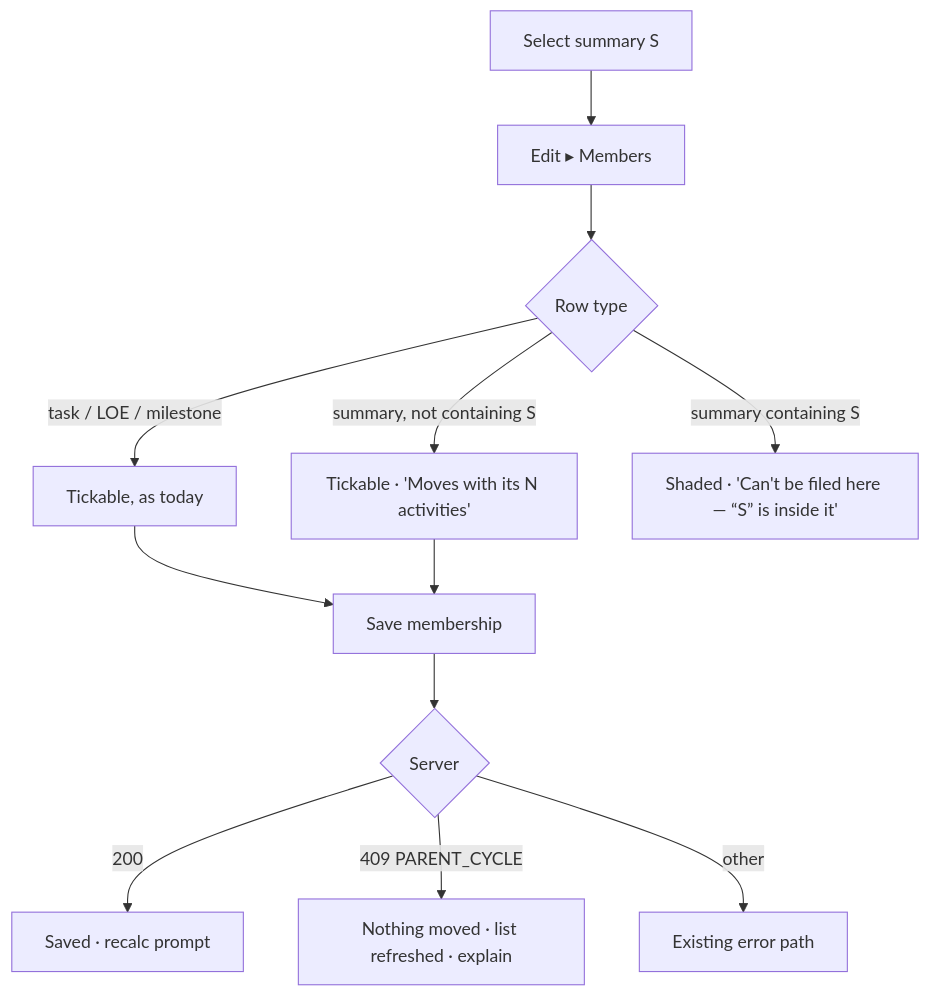
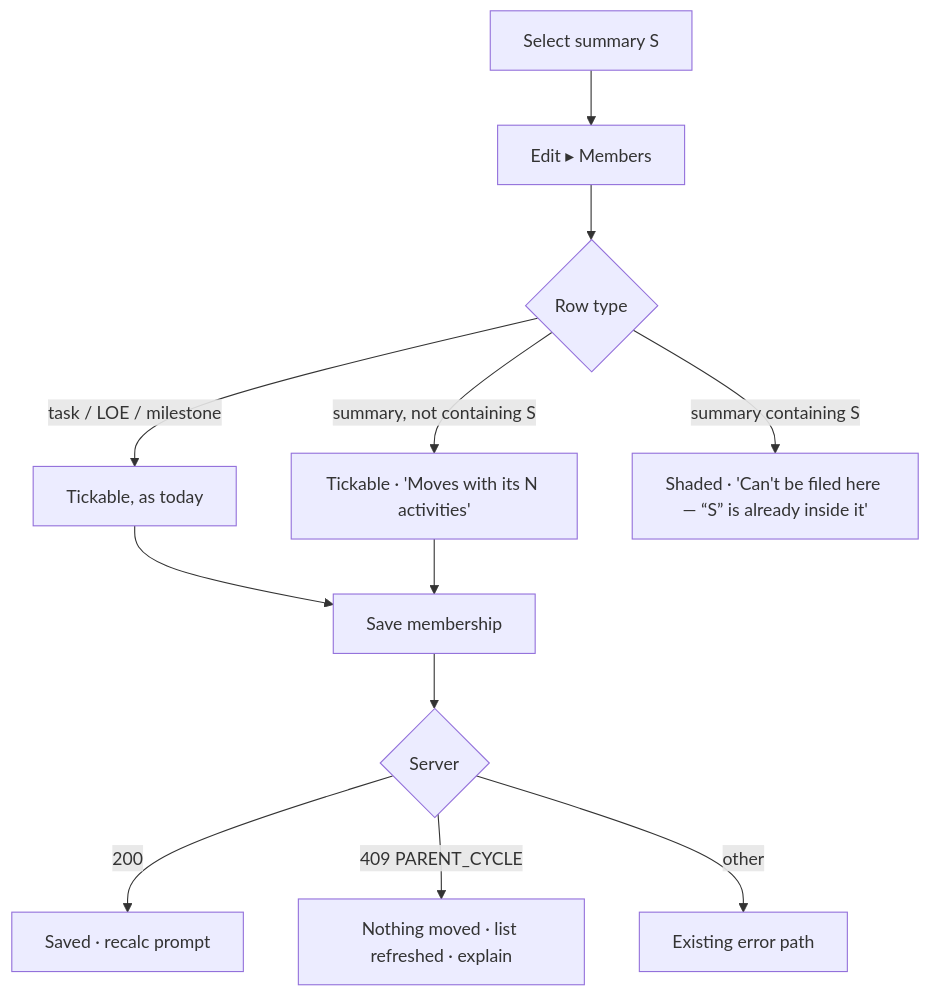
One commit to HuttonHomeHub/SchedulePoint_1 changed the third of 3 diagrams in docs/specs/wbs-nest-from-members/spec.md. Above: the diagram before and after it, drawn with Mermaid. The commit also changed other lines of this file and 25 other files, not shown here.

````diff
--- a/docs/specs/wbs-nest-from-members/spec.md
+++ b/docs/specs/wbs-nest-from-members/spec.md
@@ -261,13 +280,13 @@
 ```mermaid
 flowchart TD
   A[Select summary S] --> B[Edit ▸ Members]
   B --> C{Row type}
   C -- task / LOE / milestone --> D[Tickable, as today]
   C -- summary, not containing S --> E["Tickable · 'Moves with its N activities'"]
-  C -- summary containing S --> F["Shaded · 'Can't be filed here — “S” is inside it'"]
+  C -- summary containing S --> F["Shaded · 'Can't be filed here — “S” is already inside it'"]
   D & E --> G[Save membership]
   G --> H{Server}
   H -- 200 --> I[Saved · recalc prompt]
   H -- 409 PARENT_CYCLE --> J[Nothing moved · list refreshed · explain]
   H -- other --> K[Existing error path]
 ```
````
